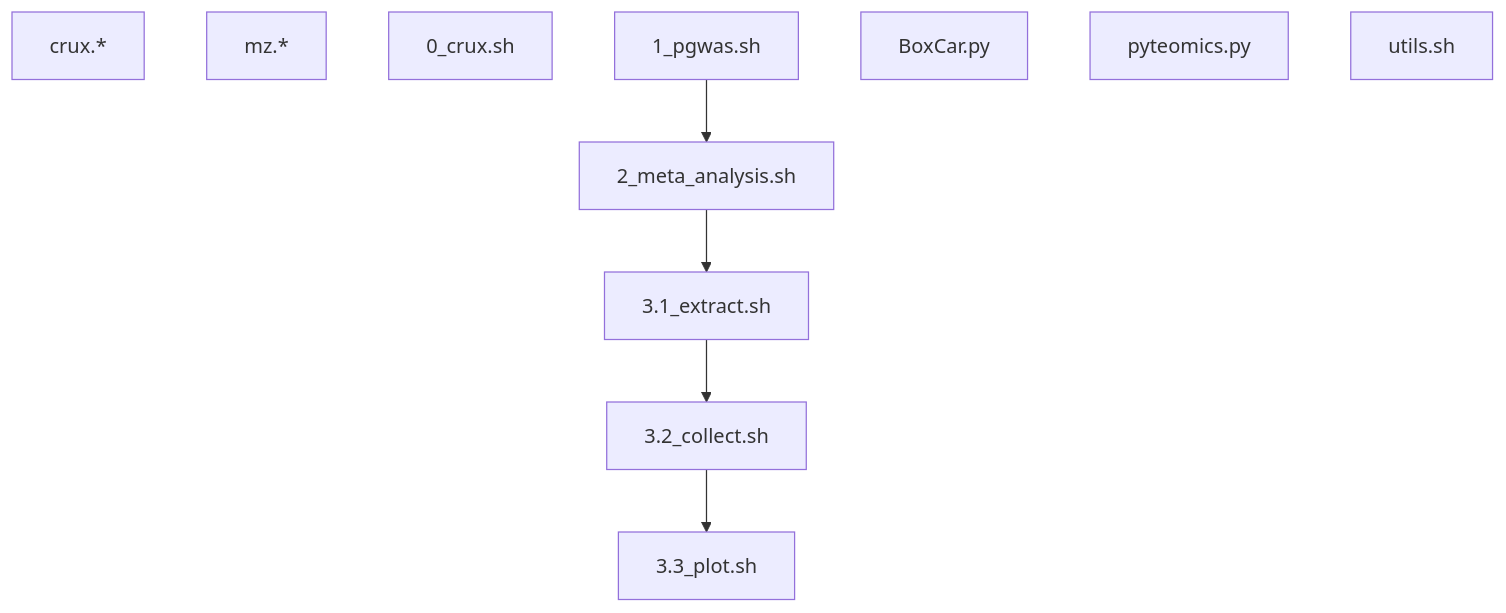
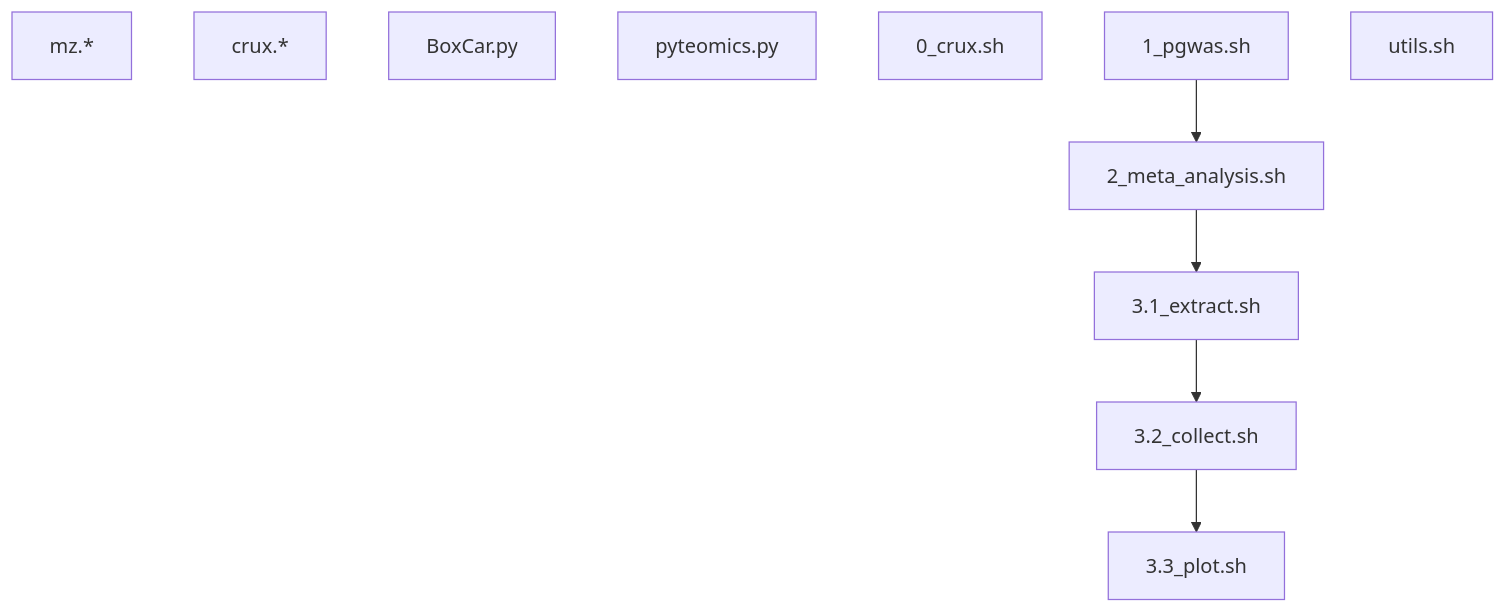
The diagram in peptide_progs/README.md (jinghuazhao/Caprion), drawn with Mermaid before and after one commit. The commit also changed other lines of this file, not shown here.

````diff
--- a/peptide_progs/README.md
+++ b/peptide_progs/README.md
@@ -29,15 +29,15 @@
 ```mermaid
 graph TD;
+mz.*
 crux.*
-mz.*
+BoxCar.py
+pyteomics.py
 0_crux.sh
 1_pgwas.sh
 2_meta_analysis.sh
 3.1_extract.sh
 3.2_collect.sh
 3.3_plot.sh
 1_pgwas.sh --> 2_meta_analysis.sh --> 3.1_extract.sh --> 3.2_collect.sh --> 3.3_plot.sh
-BoxCar.py
-pyteomics.py
 utils.sh
 ```
````
